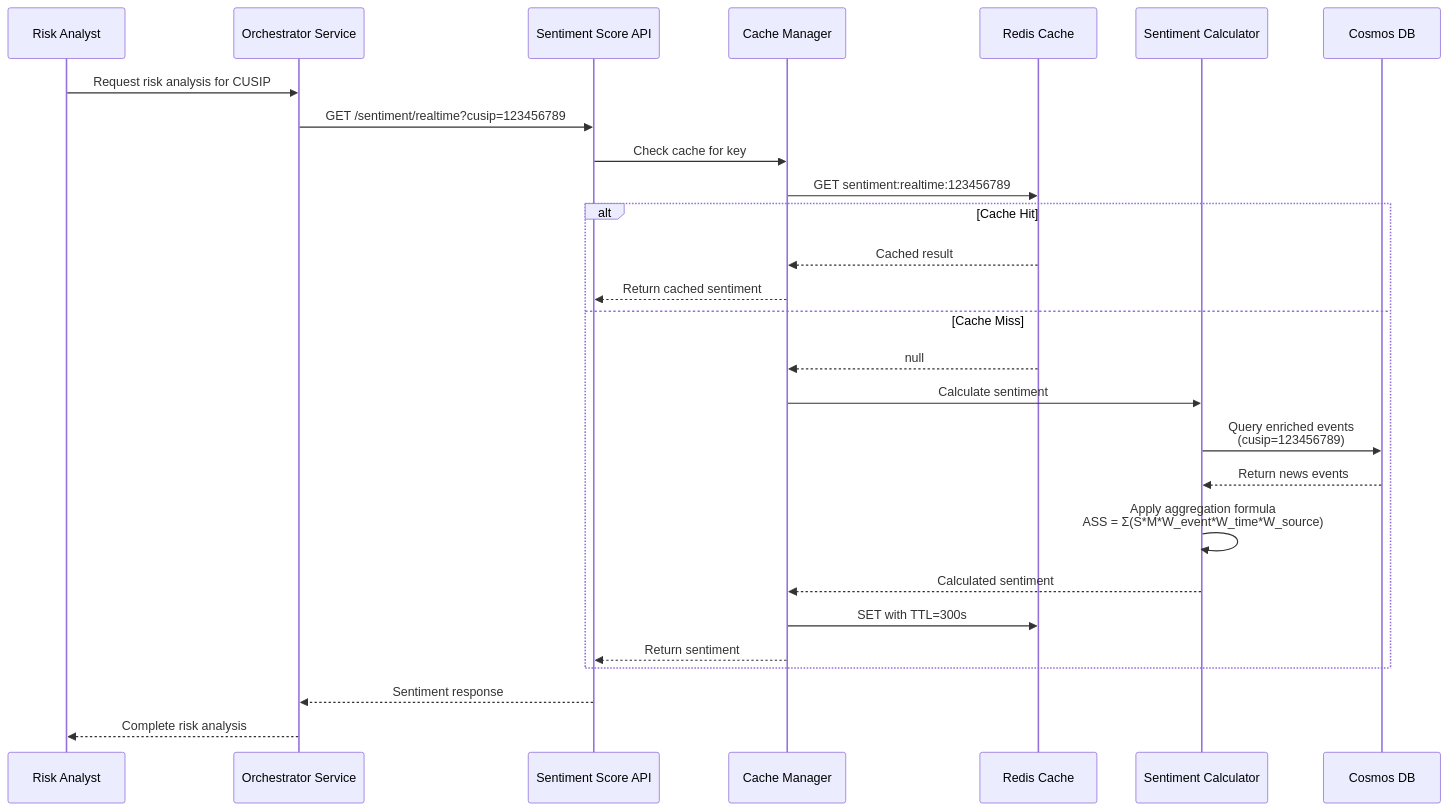
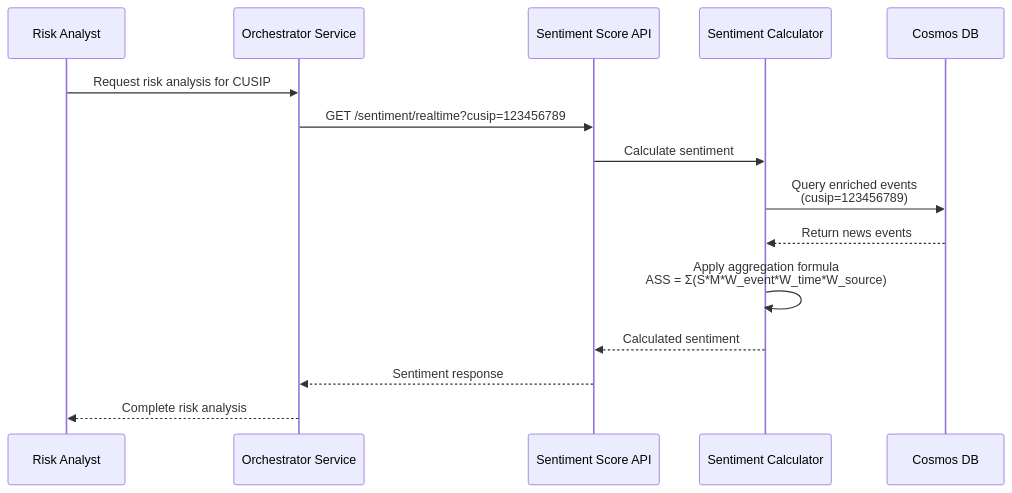
The fifth of 6 diagrams in risk-analytics-agent/ai_docs/1_architecture/NewsSentimentService_SystemArchitecture.md (vladavilov/playground), drawn with Mermaid before and after one commit. The commit also changed other lines of this file and 7 other files, not shown here.

Commit message:
Update News Sentiment Service documentation to version 1.2. Revise architecture details, including the integration of GPT-4.1, and enhance component descriptions. Remove outdated C4 DSL and mermaid diagram files for improved clarity and organization.

````diff
--- a/risk-analytics-agent/ai_docs/1_architecture/NewsSentimentService_SystemArchitecture.md
+++ b/risk-analytics-agent/ai_docs/1_architecture/NewsSentimentService_SystemArchitecture.md
@@ -721,33 +374,20 @@
 ```mermaid
 sequenceDiagram
     participant RA as Risk Analyst
     participant OS as Orchestrator Service
     participant SSA as Sentiment Score API
-    participant CM as Cache Manager
-    participant RC as Redis Cache
     participant SC as Sentiment Calculator
     participant CDB as Cosmos DB
     
     RA->>OS: Request risk analysis for CUSIP
     OS->>SSA: GET /sentiment/realtime?cusip=123456789
     
-    SSA->>CM: Check cache for key
-    CM->>RC: GET sentiment:realtime:123456789
-    
-    alt Cache Hit
-        RC-->>CM: Cached result
-        CM-->>SSA: Return cached sentiment
-    else Cache Miss
-        RC-->>CM: null
-        CM->>SC: Calculate sentiment
-        SC->>CDB: Query enriched events<br/>(cusip=123456789)
-        CDB-->>SC: Return news events
-        SC->>SC: Apply aggregation formula<br/>ASS = Σ(S*M*W_event*W_time*W_source)
-        SC-->>CM: Calculated sentiment
-        CM->>RC: SET with TTL=300s
-        CM-->>SSA: Return sentiment
-    end
+    SSA->>SC: Calculate sentiment
+    SC->>CDB: Query enriched events<br/>(cusip=123456789)
+    CDB-->>SC: Return news events
+    SC->>SC: Apply aggregation formula<br/>ASS = Σ(S*M*W_event*W_time*W_source)
+    SC-->>SSA: Calculated sentiment
     
     SSA-->>OS: Sentiment response
     OS-->>RA: Complete risk analysis
 ```
````
